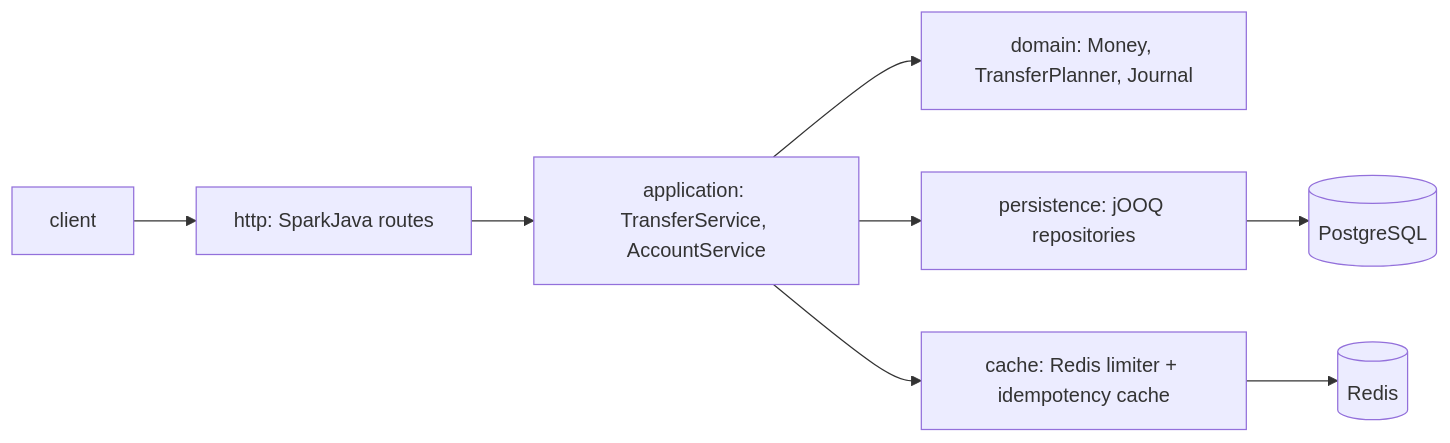
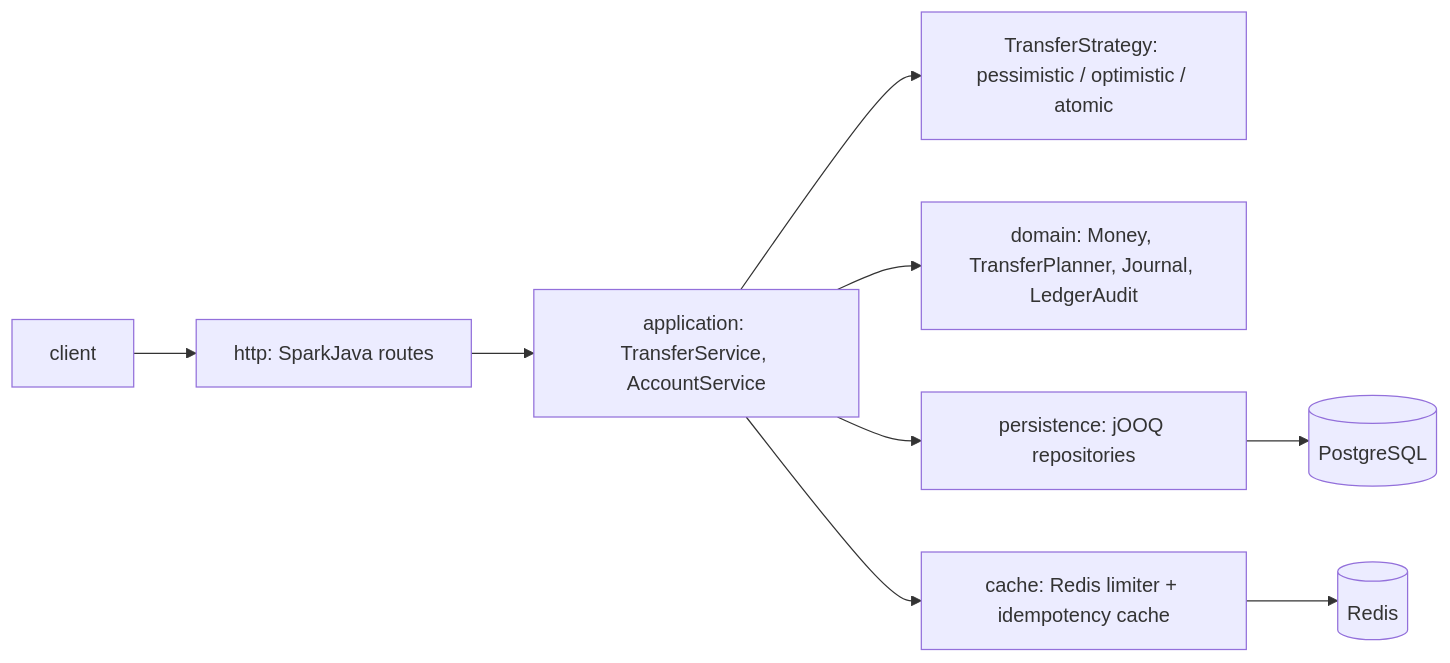
One commit to erencivril/ledger-lab changed the diagram in README.md. Above: the diagram before and after it, drawn with Mermaid. The commit also changed other lines of this file and 38 other files, not shown here.

First line of the commit message:
Add pluggable lock strategies, retries, LedgerAudit reader, benchmark, ADRs and docs

````diff
--- a/README.md
+++ b/README.md
@@ -24,10 +31,11 @@
 ```mermaid
 flowchart LR
     C[client] --> R[http: SparkJava routes]
     R --> S[application: TransferService, AccountService]
-    S --> D[domain: Money, TransferPlanner, Journal]
+    S --> L[TransferStrategy: pessimistic / optimistic / atomic]
+    S --> D[domain: Money, TransferPlanner, Journal, LedgerAudit]
     S --> P[persistence: jOOQ repositories]
     S --> X[cache: Redis limiter + idempotency cache]
     P --> PG[(PostgreSQL)]
     X --> RD[(Redis)]
 ```
````
